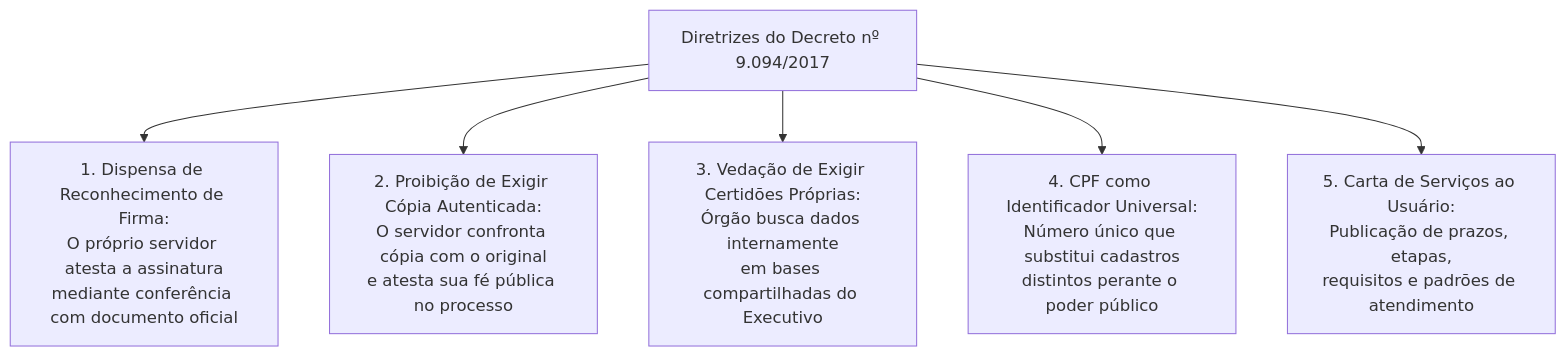
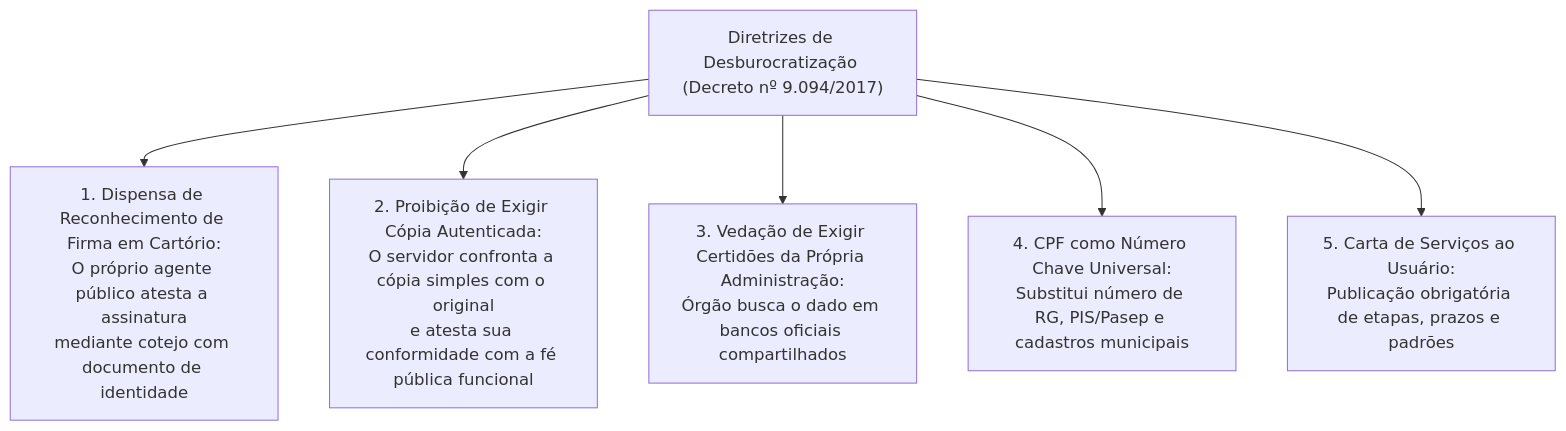
The third of 6 diagrams in fontes_de_estudo/conhecimentos_especificos_a01_tecnico_administrativo/21_nocoes_de_administracao_publica/03_gestao_da_qualidade_processos_projetos_e_decreto_9094.md (thiagosantos346/TCE-GO-2027), drawn with Mermaid before and after one commit. The commit also changed other lines of this file and 119 other files, not shown here.

````diff
--- a/fontes_de_estudo/conhecimentos_especificos_a01_tecnico_administrativo/21_nocoes_de_administracao_publica/03_gestao_da_qualidade_processos_projetos_e_decreto_9094.md
+++ b/fontes_de_estudo/conhecimentos_especificos_a01_tecnico_administrativo/21_nocoes_de_administracao_publica/03_gestao_da_qualidade_processos_projetos_e_decreto_9094.md
@@ -124,10 +124,10 @@
 ```mermaid
 flowchart TD
-    D9094["Diretrizes do Decreto nº 9.094/2017"]
+    D9094["Diretrizes de Desburocratização (Decreto nº 9.094/2017)"]
     
-    D9094 --> F1["1. Dispensa de Reconhecimento de Firma:<br/>O próprio servidor atesta a assinatura<br/>mediante conferência com documento oficial"]
-    D9094 --> F2["2. Proibição de Exigir Cópia Autenticada:<br/>O servidor confronta cópia com o original<br/>e atesta sua fé pública no processo"]
-    D9094 --> F3["3. Vedação de Exigir Certidões Próprias:<br/>Órgão busca dados internamente<br/>em bases compartilhadas do Executivo"]
-    D9094 --> F4["4. CPF como Identificador Universal:<br/>Número único que substitui cadastros<br/>distintos perante o poder público"]
-    D9094 --> F5["5. Carta de Serviços ao Usuário:<br/>Publicação de prazos, etapas,<br/>requisitos e padrões de atendimento"]
+    D9094 --> F1["1. Dispensa de Reconhecimento de Firma em Cartório:<br/>O próprio agente público atesta a assinatura<br/>mediante cotejo com documento de identidade"]
+    D9094 --> F2["2. Proibição de Exigir Cópia Autenticada:<br/>O servidor confronta a cópia simples com o original<br/>e atesta sua conformidade com a fé pública funcional"]
+    D9094 --> F3["3. Vedação de Exigir Certidões da Própria Administração:<br/>Órgão busca o dado em bancos oficiais compartilhados"]
+    D9094 --> F4["4. CPF como Número Chave Universal:<br/>Substitui número de RG, PIS/Pasep e cadastros municipais"]
+    D9094 --> F5["5. Carta de Serviços ao Usuário:<br/>Publicação obrigatória de etapas, prazos e padrões"]
 ```
````
